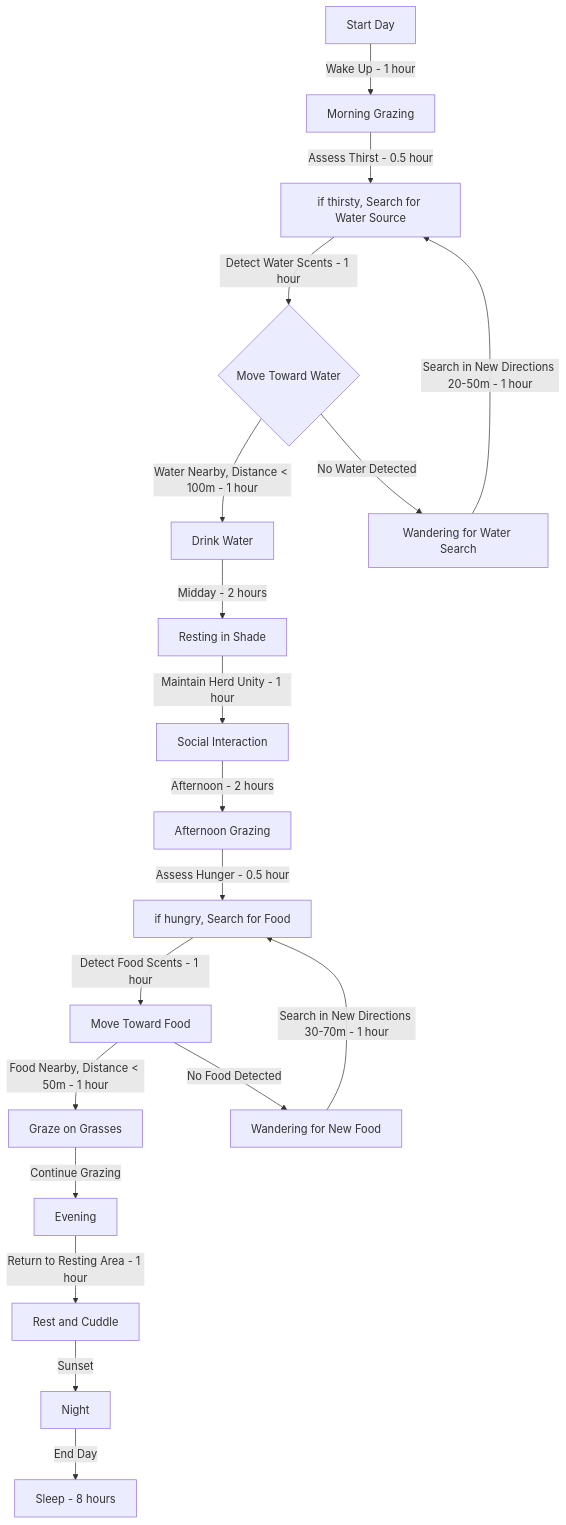
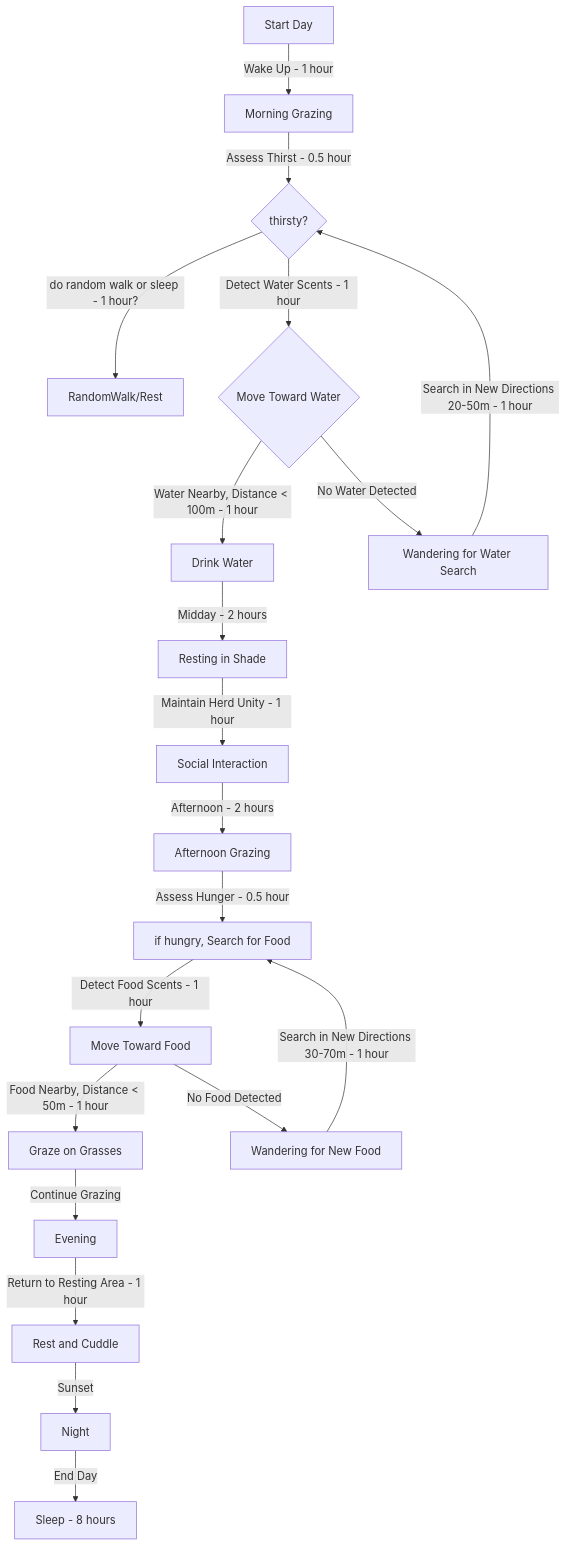
Before and after one commit to Red-Sigma/proj-ki-geo: the first of 2 diagrams in docs/design/animals/bison/bison2.md, drawn with Mermaid.

Commit message:
bison2 edit

````diff
--- a/docs/design/animals/bison/bison2.md
+++ b/docs/design/animals/bison/bison2.md
@@ -1,28 +1,30 @@
 ```mermaid
 flowchart TD
     A[Start Day] -->|Wake Up - 1 hour| B[Morning Grazing]
-    B -->|Assess Thirst - 0.5 hour| C[if thirsty, Search for Water Source]
+    B -->|Assess Thirst - 0.5 hour| C{ thirsty?}
+    C -->|do random walk or sleep - 1 hour?| Z[RandomWalk/Rest]
+ 
 
     C -->|Detect Water Scents - 1 hour| D{Move Toward Water}
     D -->|Water Nearby, Distance < 100m - 1 hour| E[Drink Water]
     D -->|No Water Detected| Q[Wandering for Water Search]
 
     E -->|Midday - 2 hours| F[Resting in Shade]
     F -->|Maintain Herd Unity - 1 hour| G[Social Interaction]
 
     G -->|Afternoon - 2 hours| H[Afternoon Grazing]
     H -->|Assess Hunger - 0.5 hour| I[if hungry, Search for Food]
     I -->|Detect Food Scents - 1 hour| J[Move Toward Food]
     J -->|Food Nearby, Distance < 50m - 1 hour| K[Graze on Grasses]
     J -->|No Food Detected| R[Wandering for New Food]
     K -->|Continue Grazing| L[Evening]
     
     L -->|Return to Resting Area - 1 hour| M[Rest and Cuddle]
     M -->|Sunset| N[Night]
     N -->|End Day| P[Sleep - 8 hours]
 
     Q -->|Search in New Directions 20-50m - 1 hour| C
     R -->|Search in New Directions 30-70m - 1 hour| I
 
 
 ```
````
